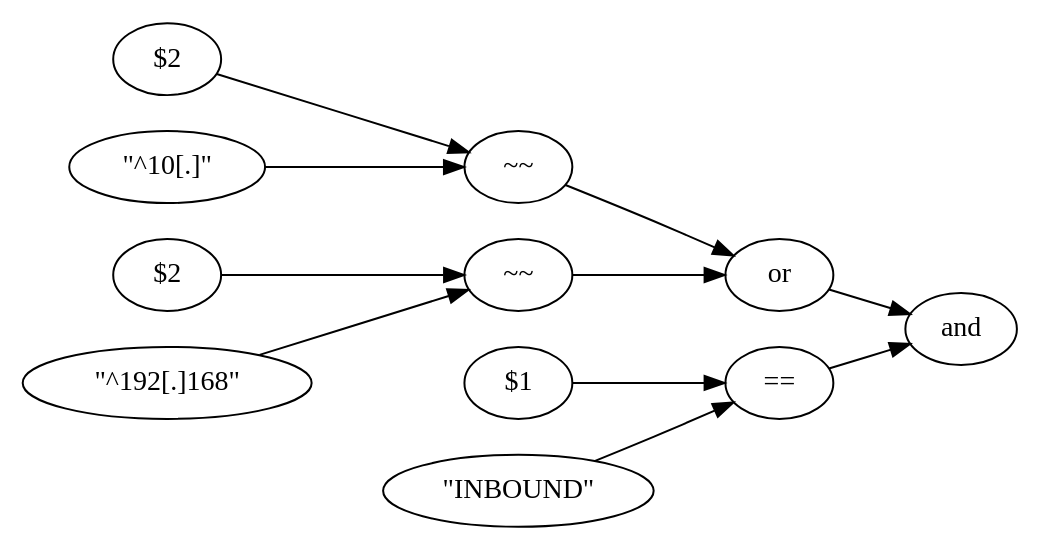
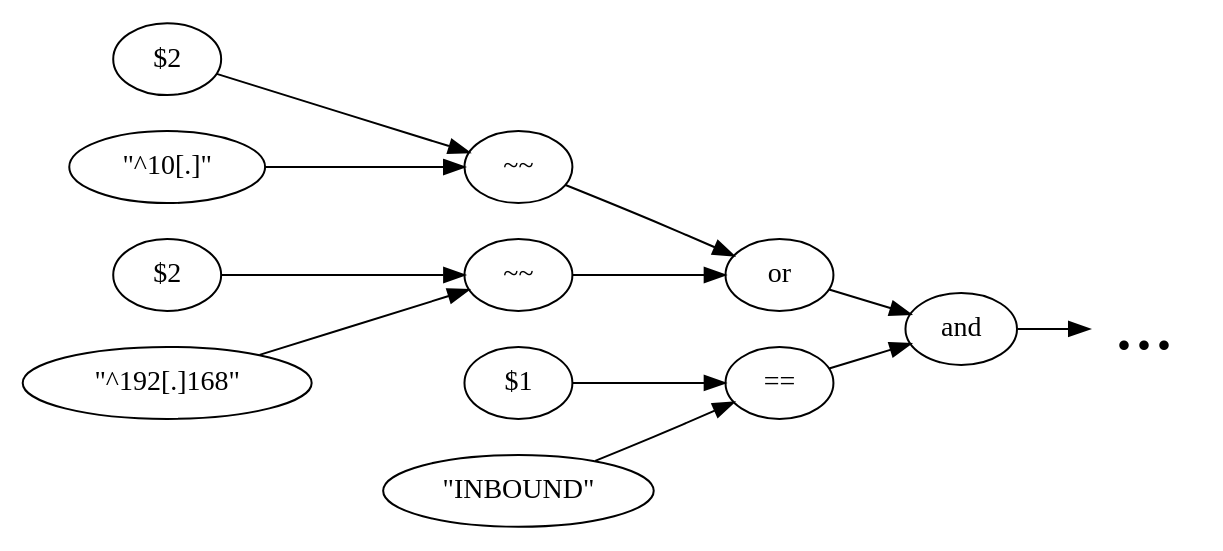
One commit to jmscott/talk changed the diagram in godfw-hoq-20160405/ast-flow.dot. Above: the diagram before and after it, drawn with Graphviz. The commit also changed 8 other files, not shown here.

```diff
--- a/godfw-hoq-20160405/ast-flow.dot
+++ b/godfw-hoq-20160405/ast-flow.dot
@@ -1,42 +1,52 @@
 #  hoq query fragment:
 #	$1 == "INBOUND" and ($2 ~~ '^10[.]' or $2 ~~ '^192[.]168[.]')
 #
 #  hoq --dump:
 #    AND
 #      EQ_STRING
 #        $1
 #        "INBOUND"
 #      OR
 #        RE_MATCH
 #          $2
 #          "^10[.]'"
 #        RE_MATCH
 #          $2
 #          "^192[.]168"
 
 digraph G {
 
 	graph [
 		size="8.5,8.5"
 		rankdir="LR"
 	];
 	"==" -> "and"
 	"or" -> "and"
+	ELLIPSE [
+		label="..."
+		fontsize=40
+		shape="plaintext"
+	]
+	"and" -> ELLIPSE
 
 	"$1" -> "=="
 	"\"INBOUND\"" -> "=="
 
-	RE_MATCH_1 [label="~~"];
-	RE_MATCH_2 [label="~~"];
+	RE_MATCH_1 [
+		label="~~"
+	];
+	RE_MATCH_2 [
+		label="~~"
+	];
 
 	RE_MATCH_1 -> "or"
 	RE_MATCH_2 -> "or"
 
 	DOLLAR2_1 [label="$2"]
 	DOLLAR2_1 -> RE_MATCH_1
 	"\"^10[.]\"" -> RE_MATCH_1
 
 	DOLLAR2_2 [label="$2"]
 	DOLLAR2_2 -> RE_MATCH_2
 	"\"^192[.]168\"" -> RE_MATCH_2
 }
```
